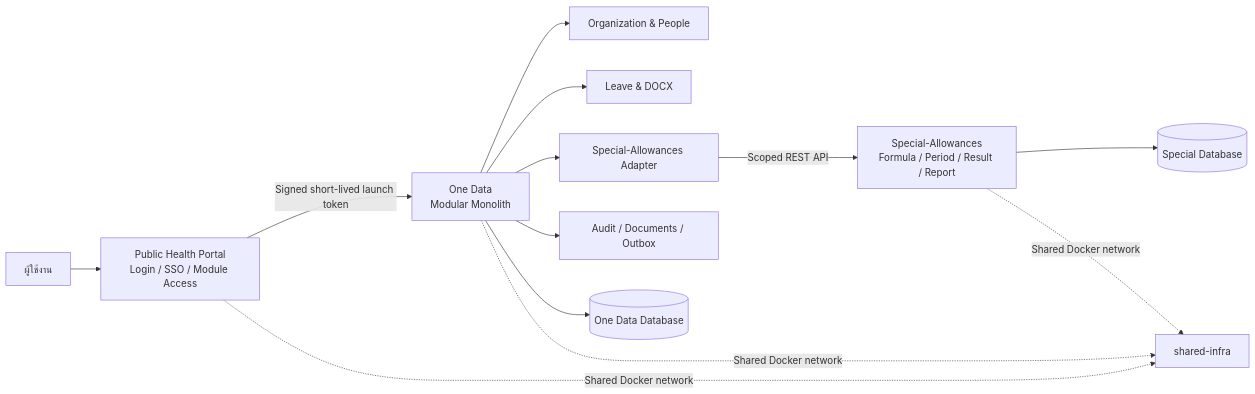
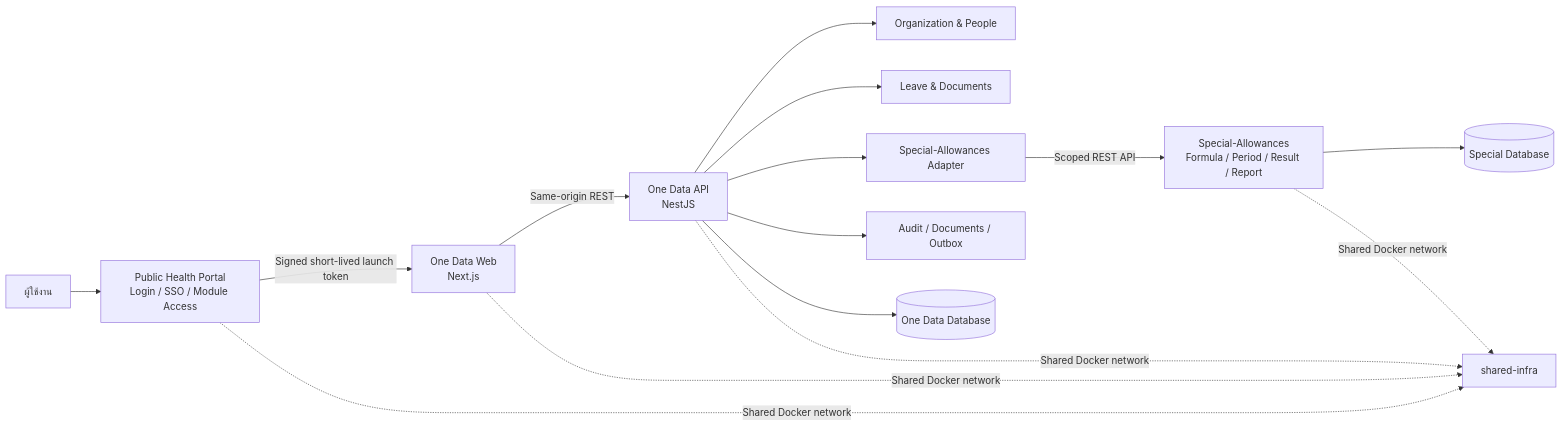
One commit to sarifmanung/One-Data-System-YalaPao changed the first of 2 diagrams in ARCHITECTURE.md. Above: the diagram before and after it, drawn with Mermaid. The commit also changed other lines of this file and 4 other files, not shown here.

````diff
--- a/ARCHITECTURE.md
+++ b/ARCHITECTURE.md
@@ -26,19 +27,21 @@
 ```mermaid
 flowchart LR
     User[ผู้ใช้งาน] --> Portal[Public Health Portal<br/>Login / SSO / Module Access]
-    Portal -->|Signed short-lived launch token| OneData[One Data<br/>Modular Monolith]
+    Portal -->|Signed short-lived launch token| OneDataWeb[One Data Web<br/>Next.js]
+    OneDataWeb -->|Same-origin REST| OneDataAPI[One Data API<br/>NestJS]
 
-    OneData --> People[Organization & People]
-    OneData --> Leave[Leave & DOCX]
-    OneData --> SpecialAdapter[Special-Allowances Adapter]
-    OneData --> Governance[Audit / Documents / Outbox]
+    OneDataAPI --> People[Organization & People]
+    OneDataAPI --> Leave[Leave & Documents]
+    OneDataAPI --> SpecialAdapter[Special-Allowances Adapter]
+    OneDataAPI --> Governance[Audit / Documents / Outbox]
 
     SpecialAdapter -->|Scoped REST API| Special[Special-Allowances<br/>Formula / Period / Result / Report]
 
-    OneData --> OneDB[(One Data Database)]
+    OneDataAPI --> OneDB[(One Data Database)]
     Special --> SpecialDB[(Special Database)]
 
     Portal -. Shared Docker network .-> Infra[shared-infra]
-    OneData -. Shared Docker network .-> Infra
+    OneDataWeb -. Shared Docker network .-> Infra
+    OneDataAPI -. Shared Docker network .-> Infra
     Special -. Shared Docker network .-> Infra
 ```
````
